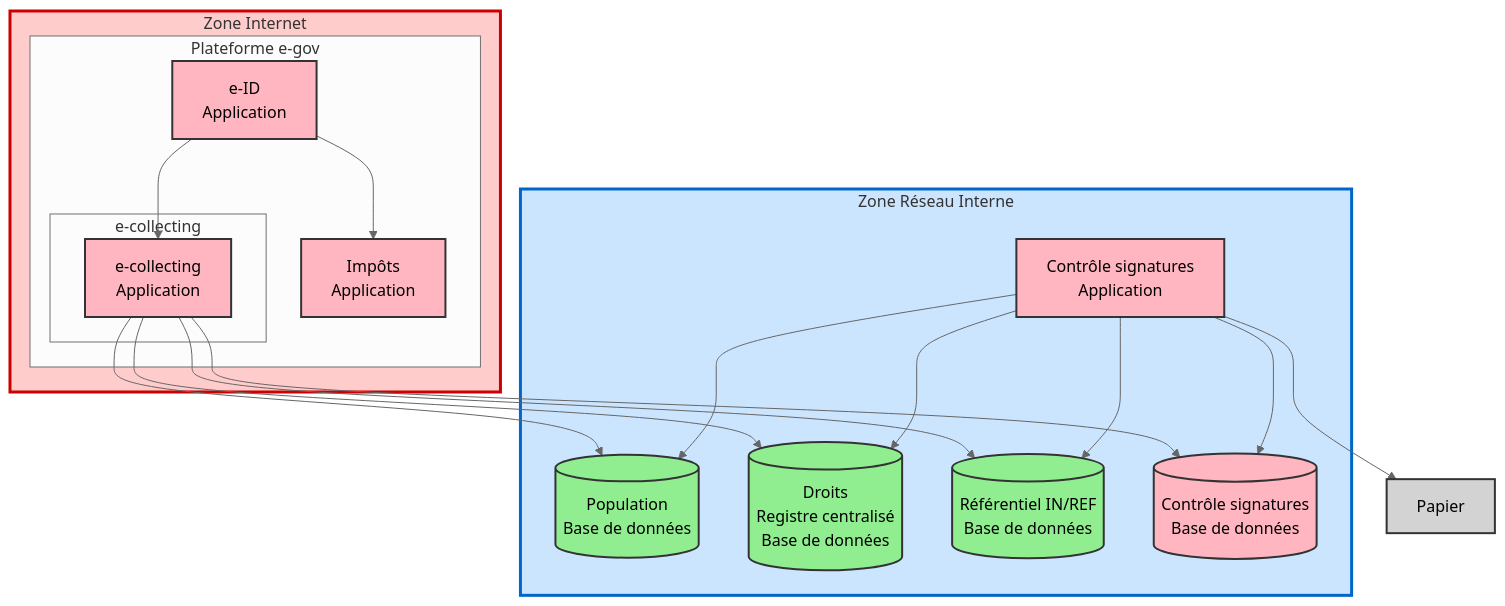
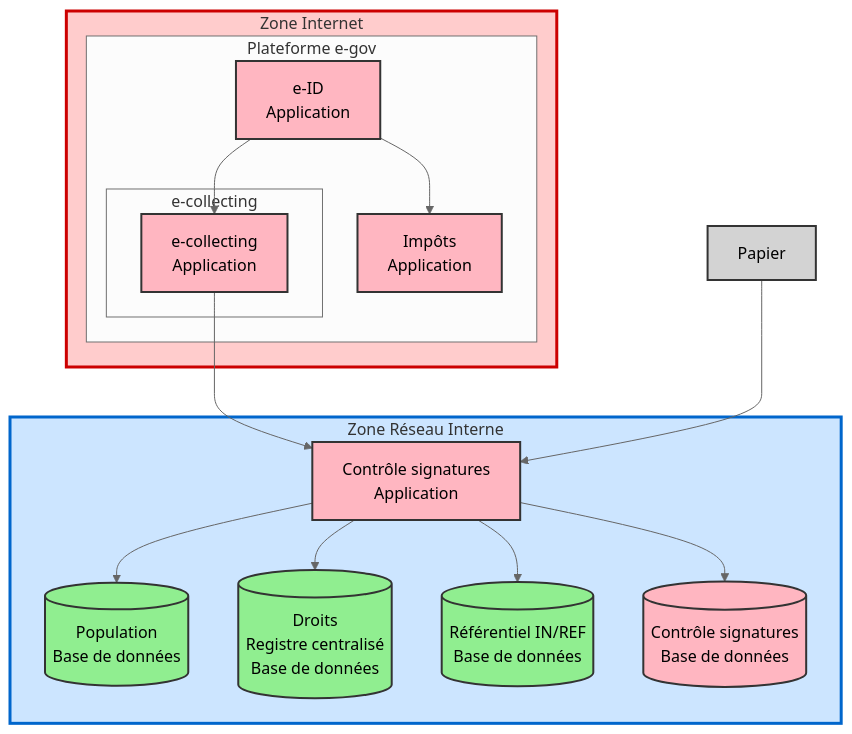
The first of 4 diagrams in README.md (swiss/e-collecting-hackathon-team10), drawn with Mermaid (neutral theme) before and after one commit.

Commit message:
Update README.md
Mise à jour du graph d'architecture

````diff
--- a/README.md
+++ b/README.md
@@ -65,46 +65,43 @@
 ```mermaid
 graph TB
     subgraph Internet["Zone Internet"]
         subgraph "Plateforme e-gov"
             EID["e-ID<br/>Application"]
             Impots["Impôts<br/>Application"]
             
             subgraph "e-collecting"
                 ECollecting["e-collecting<br/>Application"]
             end
         end
     end
     
     subgraph Interne["Zone Réseau Interne"]
         Population[("Population<br/>Base de données")]
         Droits[("Droits<br/>Registre centralisé<br/>Base de données")]
         ROP[("Référentiel IN/REF<br/>Base de données")]
         CoS["Contrôle signatures<br/>Application"]
 		CoSDB[("Contrôle signatures<br/>Base de données")]
     end
 
     
+    EID --> ECollecting
     EID --> Impots
-    EID --> ECollecting
-    ECollecting --> Droits
-    ECollecting --> Population
-    ECollecting --> ROP
-	ECollecting --> CoSDB
+    ECollecting --> CoS
     CoS --> Droits
     CoS --> Population
     CoS --> ROP
 	CoS --> CoSDB
-    CoS --> Papier
+    Papier --> CoS 
     
     style Internet fill:#ffcccc,stroke:#cc0000,stroke-width:3px
     style Interne fill:#cce5ff,stroke:#0066cc,stroke-width:3px
     style Population fill:#90EE90,stroke:#333,stroke-width:2px
     style Droits fill:#90EE90,stroke:#333,stroke-width:2px
     style ROP fill:#90EE90,stroke:#333,stroke-width:2px
     style EID fill:#FFB6C1,stroke:#333,stroke-width:2px
+    style ECollecting fill:#FFB6C1,stroke:#333,stroke-width:2px
     style Impots fill:#FFB6C1,stroke:#333,stroke-width:2px
-    style ECollecting fill:#FFB6C1,stroke:#333,stroke-width:2px
     style CoS fill:#FFB6C1,stroke:#333,stroke-width:2px
     style CoSDB fill:#FFB6C1,stroke:#333,stroke-width:2px
     style Papier fill:#D3D3D3,stroke:#333,stroke-width:2px
 ```
````
